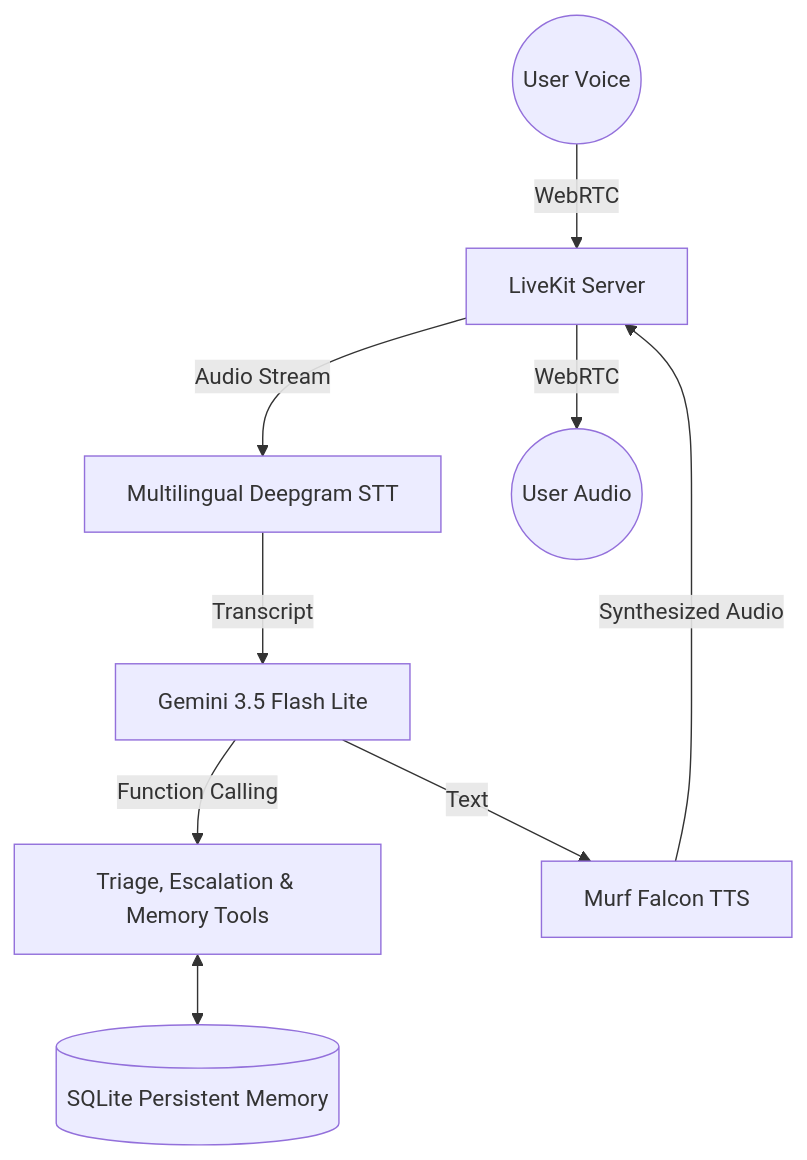
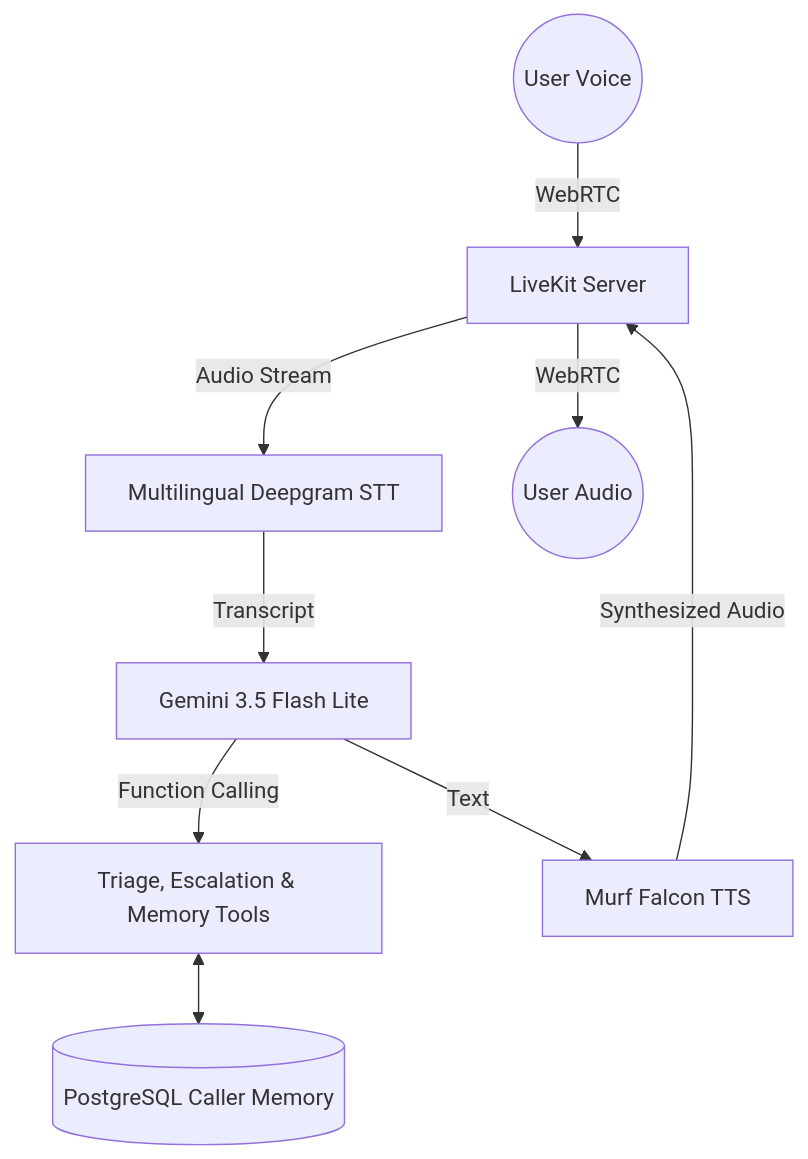
One commit to manthansingh26/murf-livekit-starter changed the diagram in README.md. Above: the diagram before and after it, drawn with Mermaid. The commit also changed other lines of this file and 21 other files, not shown here.

````diff
--- a/README.md
+++ b/README.md
@@ -39,11 +66,11 @@
 ```mermaid
 graph TD
     User((User Voice)) -->|WebRTC| LiveKit[LiveKit Server]
     LiveKit -->|Audio Stream| STT[Multilingual Deepgram STT]
     STT -->|Transcript| LLM[Gemini 3.5 Flash Lite]
     LLM -->|Function Calling| Tools[Triage, Escalation & Memory Tools]
-    Tools <--> DB[(SQLite Persistent Memory)]
+    Tools <--> DB[(PostgreSQL Caller Memory)]
     LLM -->|Text| TTS[Murf Falcon TTS]
     TTS -->|Synthesized Audio| LiveKit
     LiveKit -->|WebRTC| UserEar((User Audio))
 ```
````
